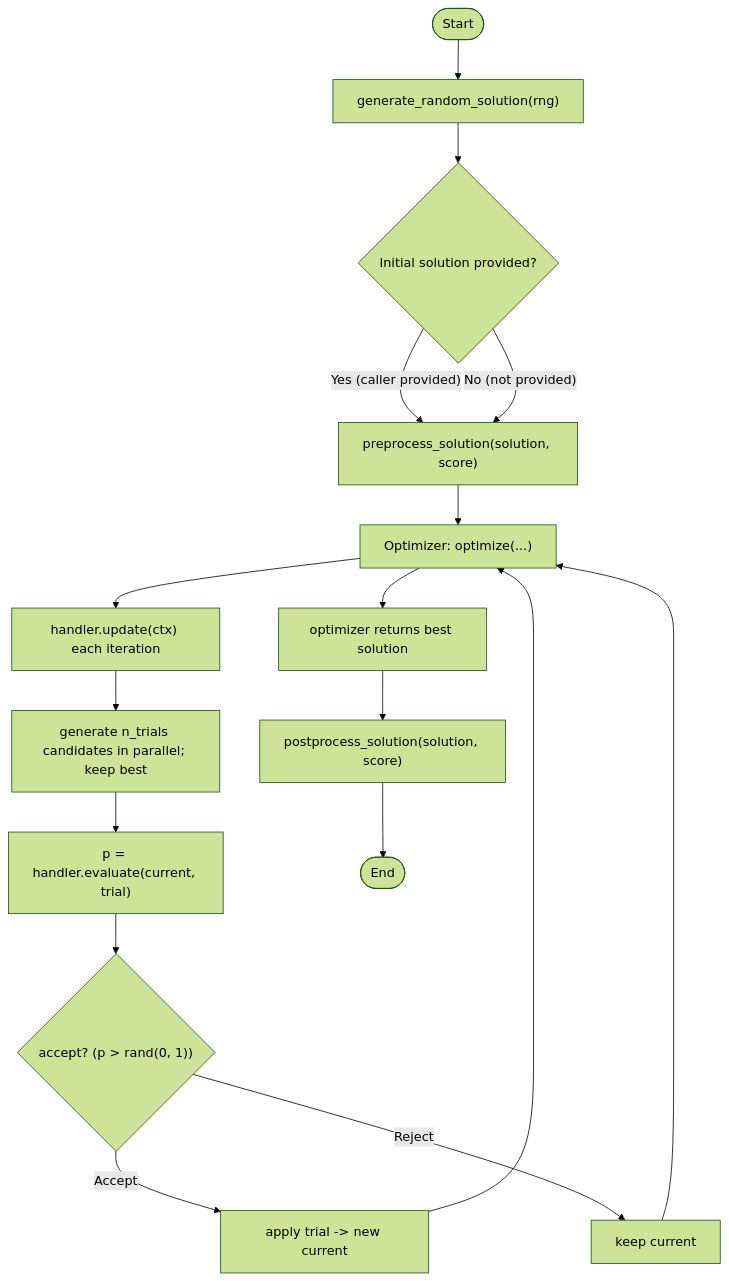
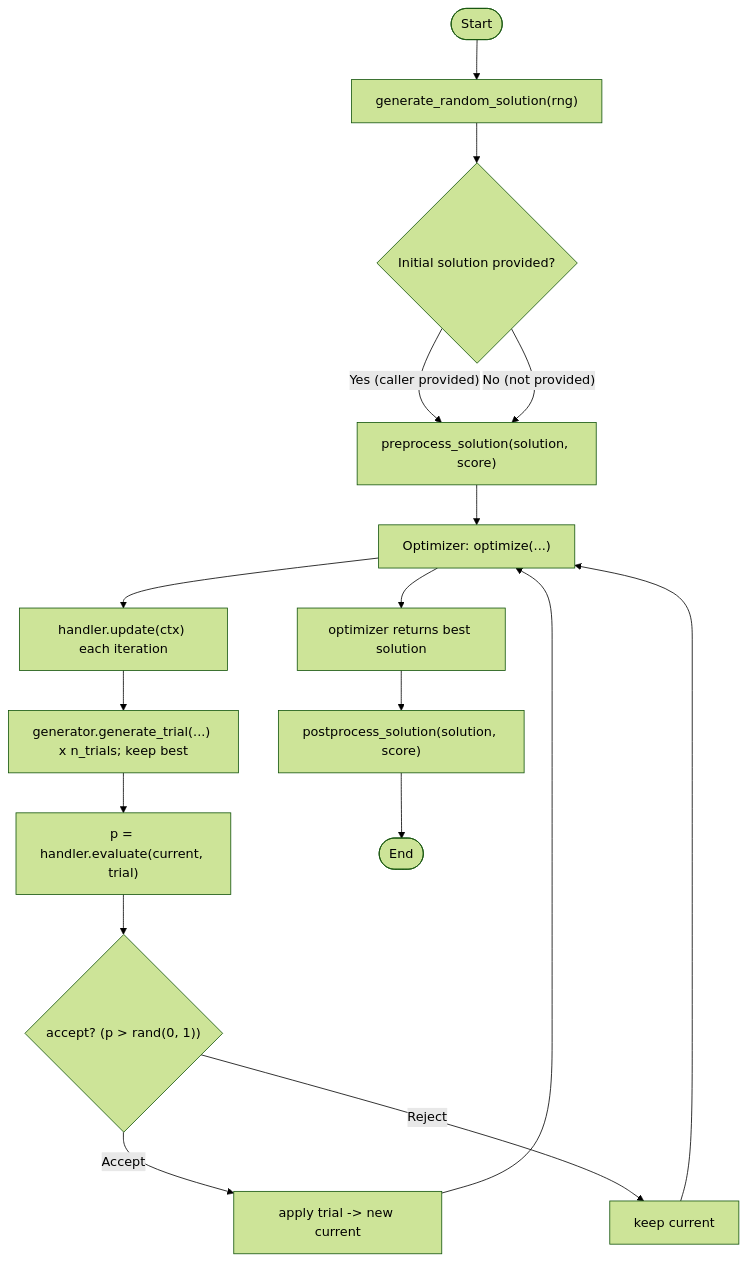
The diagram in API.md (lucidfrontier45/localsearch), drawn with Mermaid (forest theme) before and after one commit. The commit also changed other lines of this file and 8 other files, not shown here.

First line of the commit message:
feat(optim): add ALNS support via TrialGenerator abstraction (#99)

````diff
--- a/API.md
+++ b/API.md
@@ -8,19 +8,19 @@
 ```mermaid
 flowchart TD
     Start([Start]) --> GenRand["generate_random_solution(rng)"]
     GenRand --> HasInitial{"Initial solution provided?"}
     HasInitial -- "Yes (caller provided)" --> Pre["preprocess_solution(solution, score)"]
     HasInitial -- "No (not provided)" --> Pre
     Pre --> Optim["Optimizer: optimize(...)"]
     Optim --> Update["handler.update(ctx) each iteration"]
-    Update --> LoopStart["generate n_trials candidates in parallel; keep best"]
+    Update --> LoopStart["generator.generate_trial(...) x n_trials; keep best"]
     LoopStart --> Eval["p = handler.evaluate(current, trial)"]
     Eval --> Decide{"accept? (p > rand(0, 1))"}
     Decide -- "Accept" --> Apply["apply trial -> new current"]
     Decide -- "Reject" --> Continue["keep current"]
     Apply --> Optim
     Continue --> Optim
     Optim --> Result["optimizer returns best solution"]
     Result --> Post["postprocess_solution(solution, score)"]
     Post --> End([End])
 ```
````
